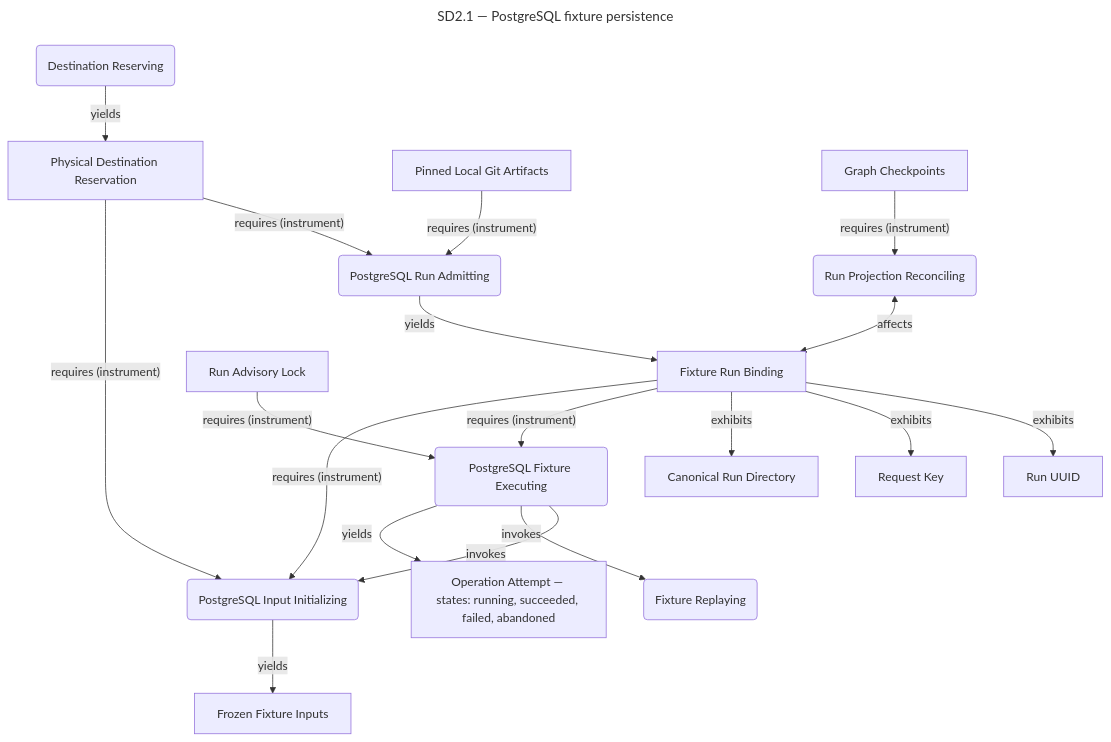
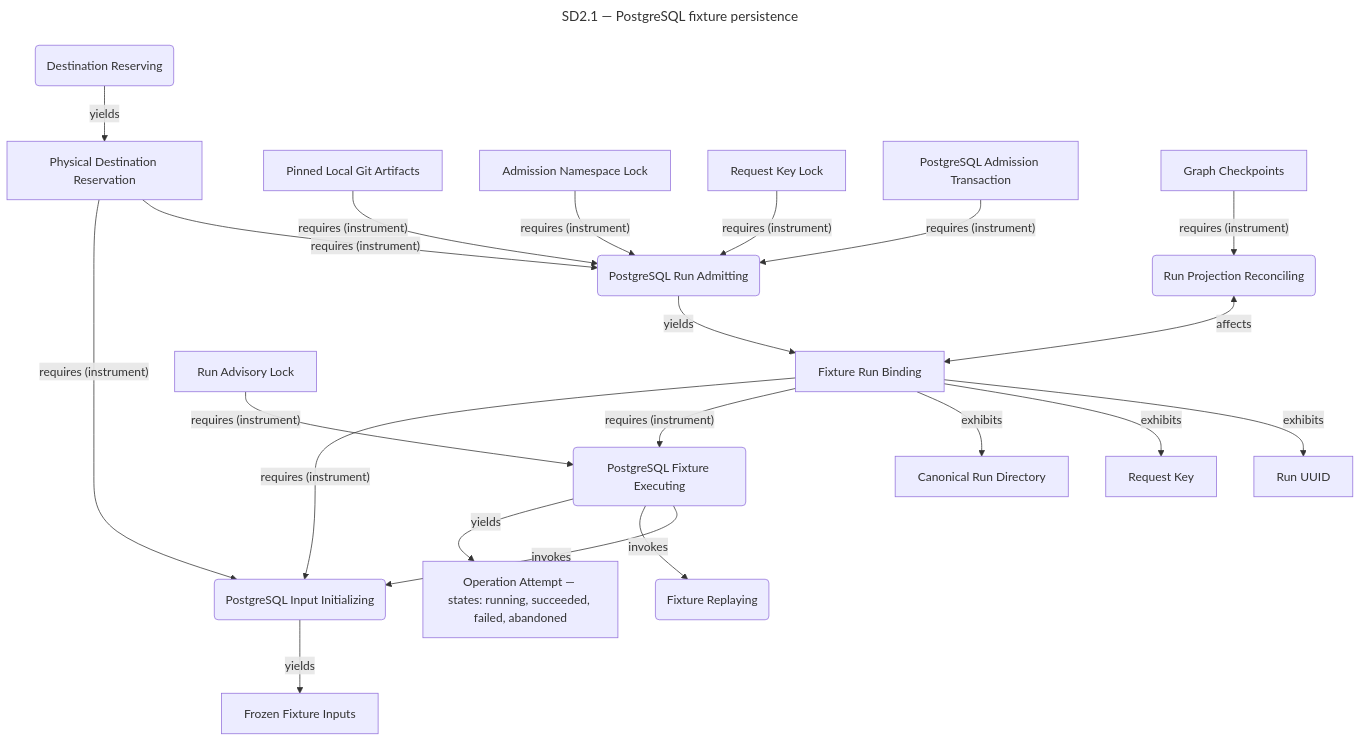
Before and after one commit to ojfbot/daily-logger: the ninth of 9 diagrams in opm/system.md, drawn with Mermaid. The commit also changed other lines of this file and 6 other files, not shown here.

Commit message:
Serialize fixture admission before reserving nonoverlapping destinations

````diff
--- a/opm/system.md
+++ b/opm/system.md
@@ -1351,41 +1351,47 @@
 ```mermaid
 ---
 title: "SD2.1 — PostgreSQL fixture persistence"
 ---
 flowchart TD
   accTitle: SD2.1 — PostgreSQL fixture persistence
   accDescr: Lossy system model projection. Complete source facts follow this diagram.
   n252("Destination Reserving")
   n253["Physical Destination Reservation"]
   n234["Pinned Local Git Artifacts"]
   n254("PostgreSQL Run Admitting")
-  n255["Fixture Run Binding"]
-  n256["Run UUID"]
-  n257["Request Key"]
-  n258["Canonical Run Directory"]
-  n259("PostgreSQL Fixture Executing")
-  n260["Run Advisory Lock"]
-  n261("PostgreSQL Input Initializing")
+  n255["Admission Namespace Lock"]
+  n256["Request Key Lock"]
+  n257["PostgreSQL Admission Transaction"]
+  n258["Fixture Run Binding"]
+  n259["Run UUID"]
+  n260["Request Key"]
+  n261["Canonical Run Directory"]
+  n262("PostgreSQL Fixture Executing")
+  n263["Run Advisory Lock"]
+  n264("PostgreSQL Input Initializing")
   n236["Frozen Fixture Inputs"]
   n237("Fixture Replaying")
-  n262["Operation Attempt — states: running, succeeded, failed, abandoned"]
+  n265["Operation Attempt — states: running, succeeded, failed, abandoned"]
   n238["Graph Checkpoints"]
-  n263("Run Projection Reconciling")
+  n266("Run Projection Reconciling")
   n252 -->|"yields"| n253
   n234 -->|"requires (instrument)"| n254
   n253 -->|"requires (instrument)"| n254
-  n254 -->|"yields"| n255
-  n255 -->|"exhibits"| n256
-  n255 -->|"exhibits"| n257
-  n255 -->|"exhibits"| n258
-  n255 -->|"requires (instrument)"| n259
-  n260 -->|"requires (instrument)"| n259
-  n259 -->|"invokes"| n261
-  n255 -->|"requires (instrument)"| n261
-  n253 -->|"requires (instrument)"| n261
-  n261 -->|"yields"| n236
-  n259 -->|"invokes"| n237
-  n259 -->|"yields"| n262
-  n238 -->|"requires (instrument)"| n263
-  n263 <-->|"affects"| n255
+  n255 -->|"requires (instrument)"| n254
+  n256 -->|"requires (instrument)"| n254
+  n257 -->|"requires (instrument)"| n254
+  n254 -->|"yields"| n258
+  n258 -->|"exhibits"| n259
+  n258 -->|"exhibits"| n260
+  n258 -->|"exhibits"| n261
+  n258 -->|"requires (instrument)"| n262
+  n263 -->|"requires (instrument)"| n262
+  n262 -->|"invokes"| n264
+  n258 -->|"requires (instrument)"| n264
+  n253 -->|"requires (instrument)"| n264
+  n264 -->|"yields"| n236
+  n262 -->|"invokes"| n237
+  n262 -->|"yields"| n265
+  n238 -->|"requires (instrument)"| n266
+  n266 <-->|"affects"| n258
 ```
````
